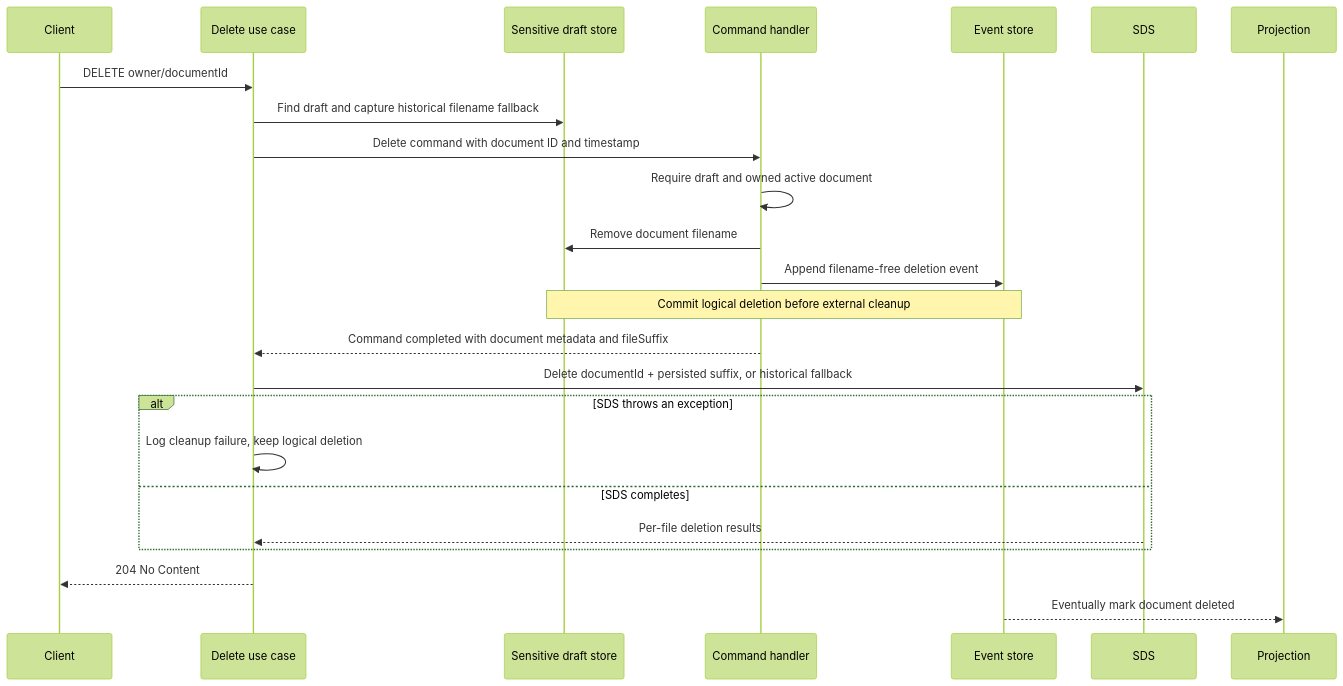
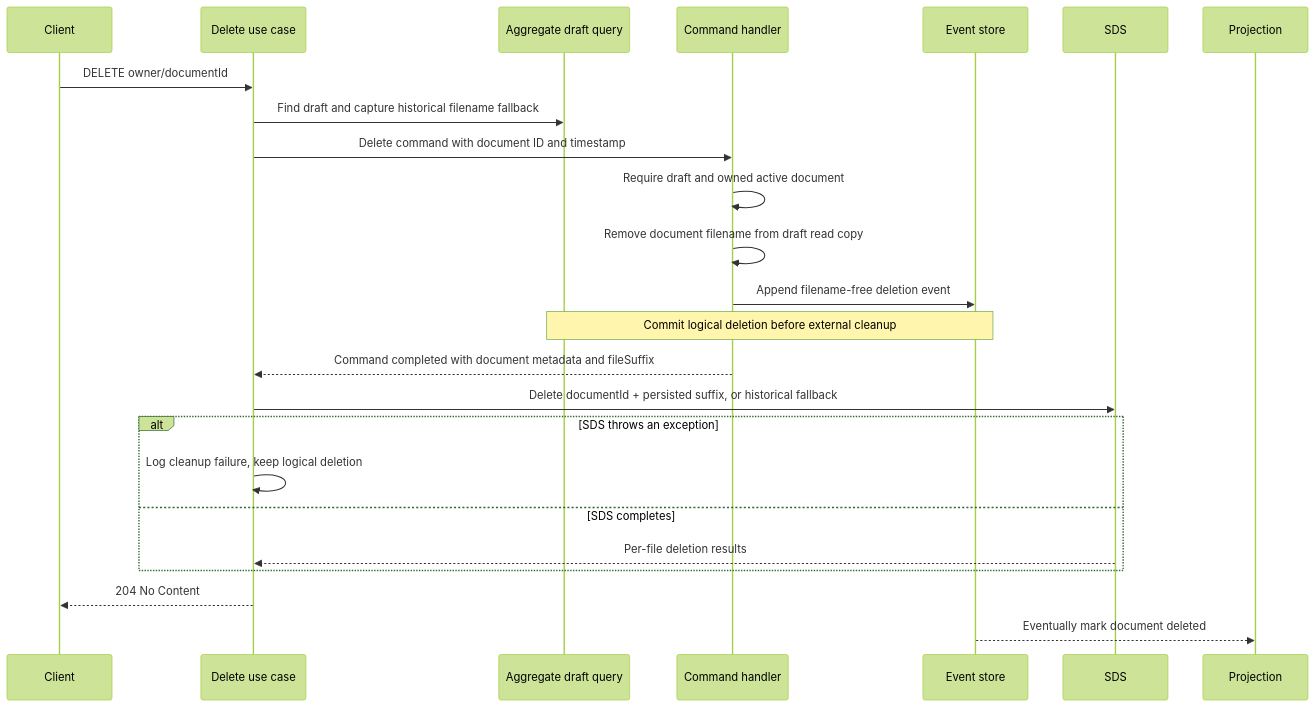
One commit to ministryofjustice/laa-data-access-api changed the fourth of 4 diagrams in data-access-service-axon/docs/document-lifecycle.md. Above: the diagram before and after it, drawn with Mermaid (forest theme). The commit also changed other lines of this file and 43 other files, not shown here.

First line of the commit message:
feat: fold Prior Authority draft and document content from events

````diff
--- a/data-access-service-axon/docs/document-lifecycle.md
+++ b/data-access-service-axon/docs/document-lifecycle.md
@@ -185,26 +183,26 @@
 ```mermaid
 sequenceDiagram
     participant Client
     participant UseCase as Delete use case
-    participant Draft as Sensitive draft store
+    participant Draft as Aggregate draft query
     participant Command as Command handler
     participant Events as Event store
     participant SDS
     participant Projection
     Client->>UseCase: DELETE owner/documentId
     UseCase->>Draft: Find draft and capture historical filename fallback
     UseCase->>Command: Delete command with document ID and timestamp
     Command->>Command: Require draft and owned active document
-    Command->>Draft: Remove document filename
+    Command->>Command: Remove document filename from draft read copy
     Command->>Events: Append filename-free deletion event
     Note over Draft,Events: Commit logical deletion before external cleanup
     Command-->>UseCase: Command completed with document metadata and fileSuffix
     UseCase->>SDS: Delete documentId + persisted suffix, or historical fallback
     alt SDS throws an exception
         UseCase->>UseCase: Log cleanup failure, keep logical deletion
     else SDS completes
         SDS-->>UseCase: Per-file deletion results
     end
     UseCase-->>Client: 204 No Content
     Events-->>Projection: Eventually mark document deleted
 ```
````
